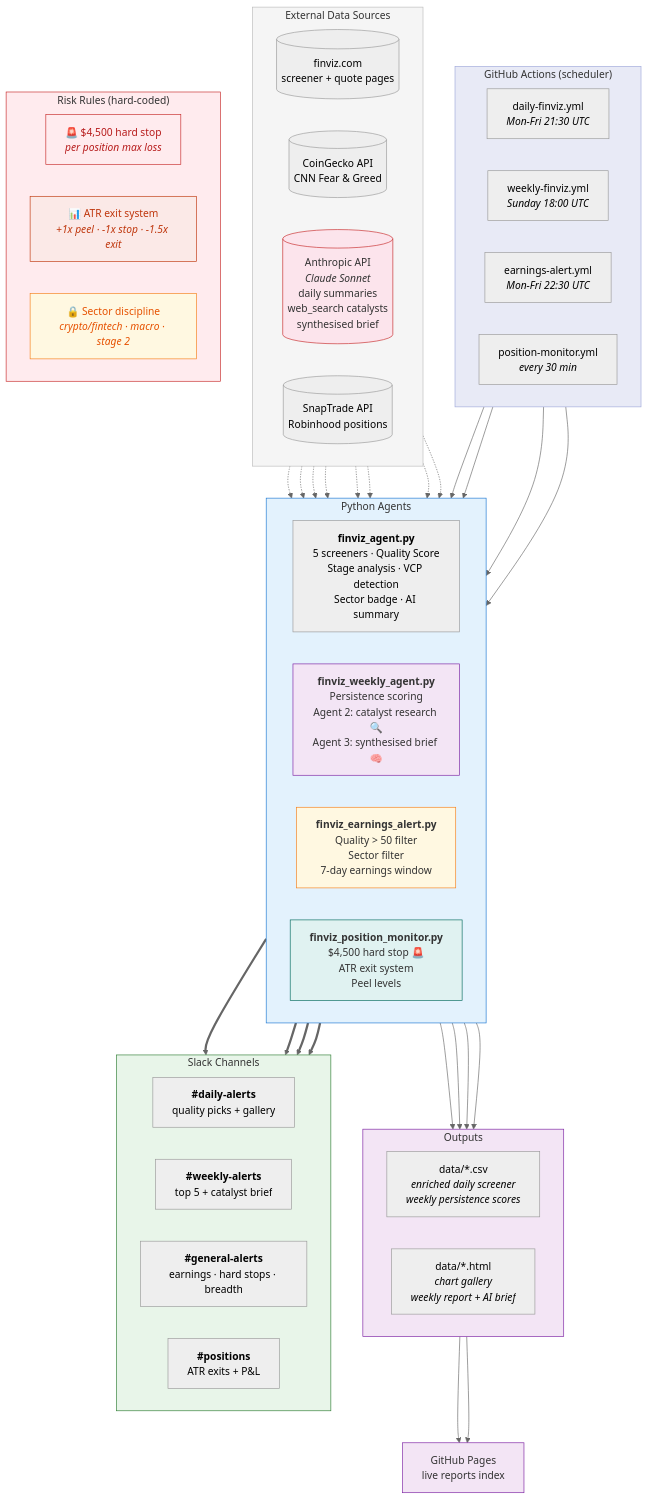
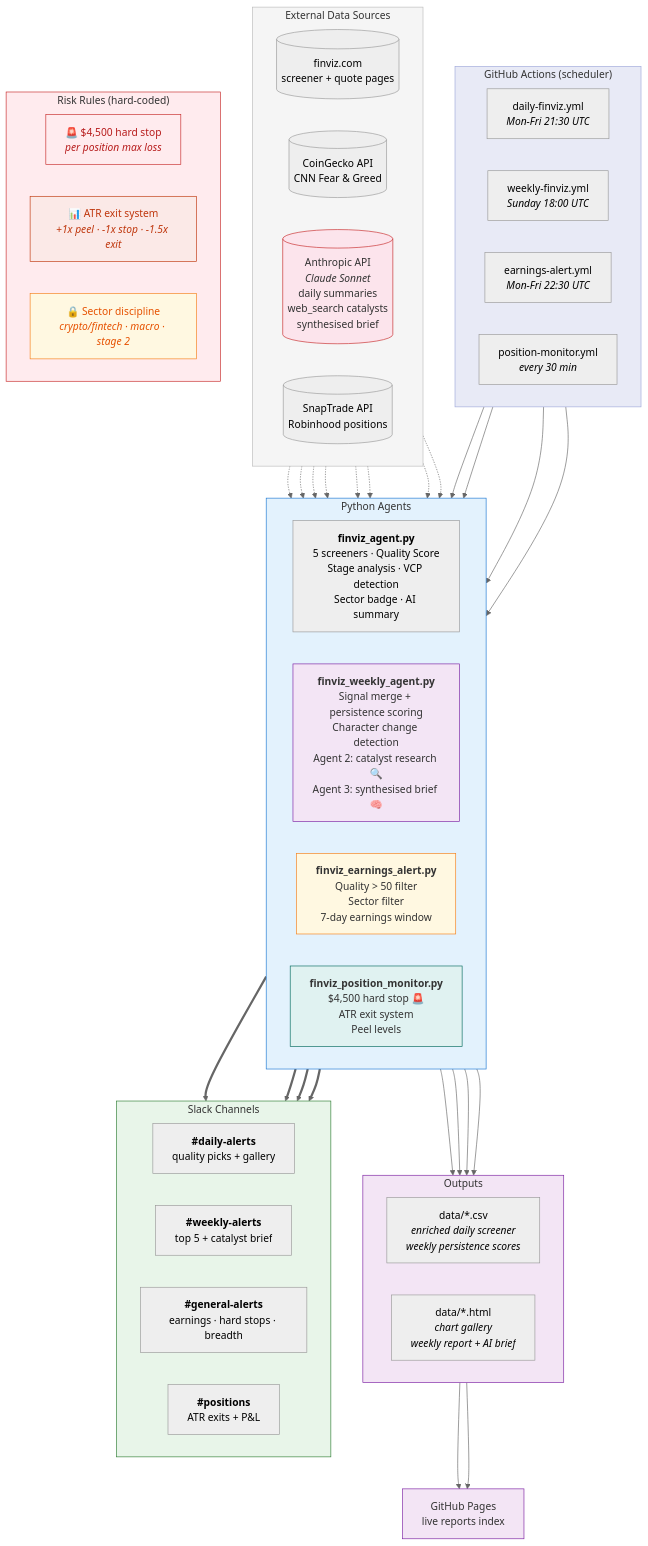
The diagram in SYSTEM_DOCS.md (AnanthSrinivasan/finviz-screener-agent), drawn with Mermaid (neutral theme) before and after one commit. The commit also changed other lines of this file, not shown here.

Commit message:
docs: update SYSTEM_DOCS with signal merge, CHAR bonus, quality-aware agents

```diff
--- a/SYSTEM_DOCS.md
+++ b/SYSTEM_DOCS.md
@@ -39,7 +39,7 @@
     subgraph AGENTS["Python Agents"]
         direction LR
         A1["<b>finviz_agent.py</b><br/>5 screeners · Quality Score<br/>Stage analysis · VCP detection<br/>Sector badge · AI summary"]
-        A2["<b>finviz_weekly_agent.py</b><br/>Persistence scoring<br/>Agent 2: catalyst research 🔍<br/>Agent 3: synthesised brief 🧠"]
+        A2["<b>finviz_weekly_agent.py</b><br/>Signal merge + persistence scoring<br/>Character change detection<br/>Agent 2: catalyst research 🔍<br/>Agent 3: synthesised brief 🧠"]
         A3["<b>finviz_earnings_alert.py</b><br/>Quality &gt; 50 filter<br/>Sector filter<br/>7-day earnings window"]
         A4["<b>finviz_position_monitor.py</b><br/>$4,500 hard stop 🚨<br/>ATR exit system<br/>Peel levels"]
     end
```
